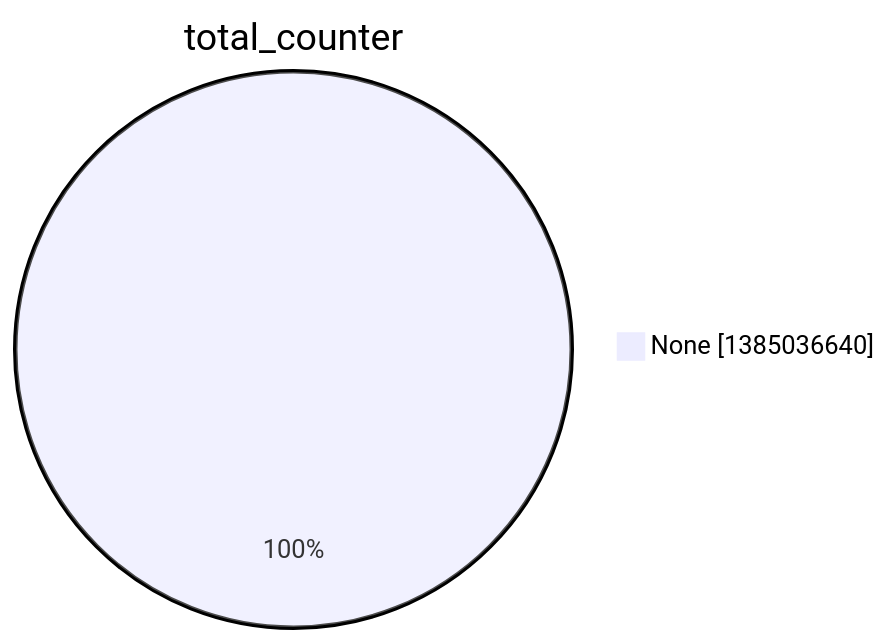
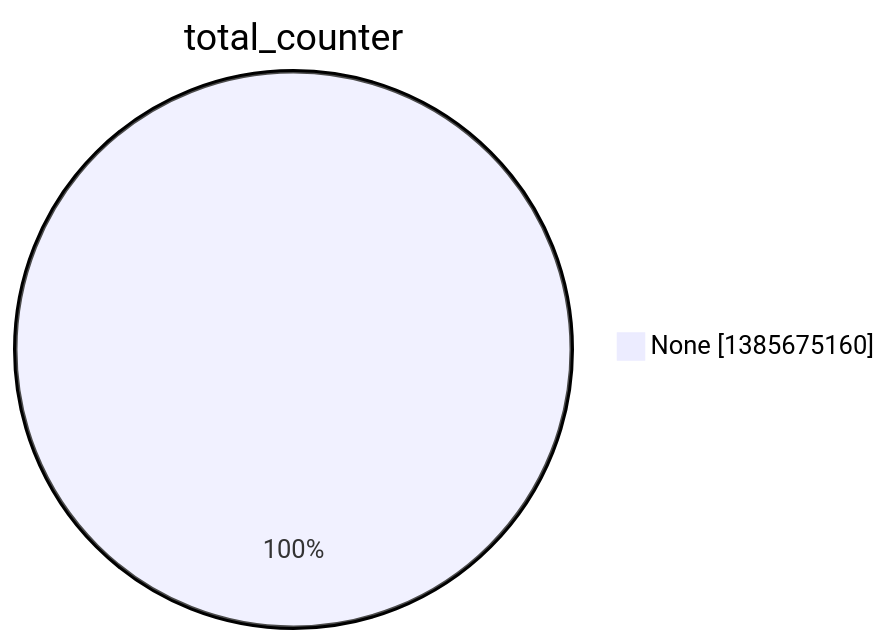
Before and after one commit to christiankrug/ctmonitor_visualization: the second of 15 diagrams in argon2022/README.md, drawn with Mermaid. The commit also changed other lines of this file, not shown here.

````diff
--- a/argon2022/README.md
+++ b/argon2022/README.md
@@ -9,5 +9,5 @@
 ```mermaid
 pie showData
 title total_counter
-"None" :1385036640
+"None" :1385675160
 ```
````
